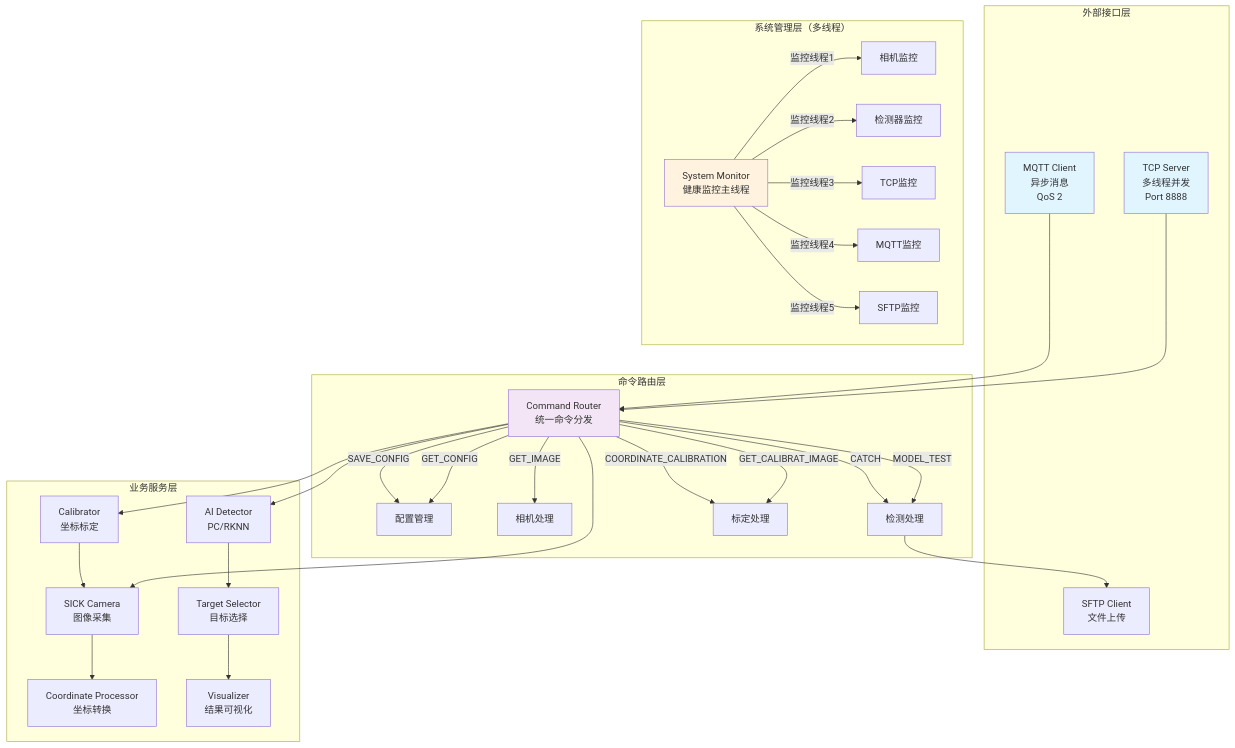
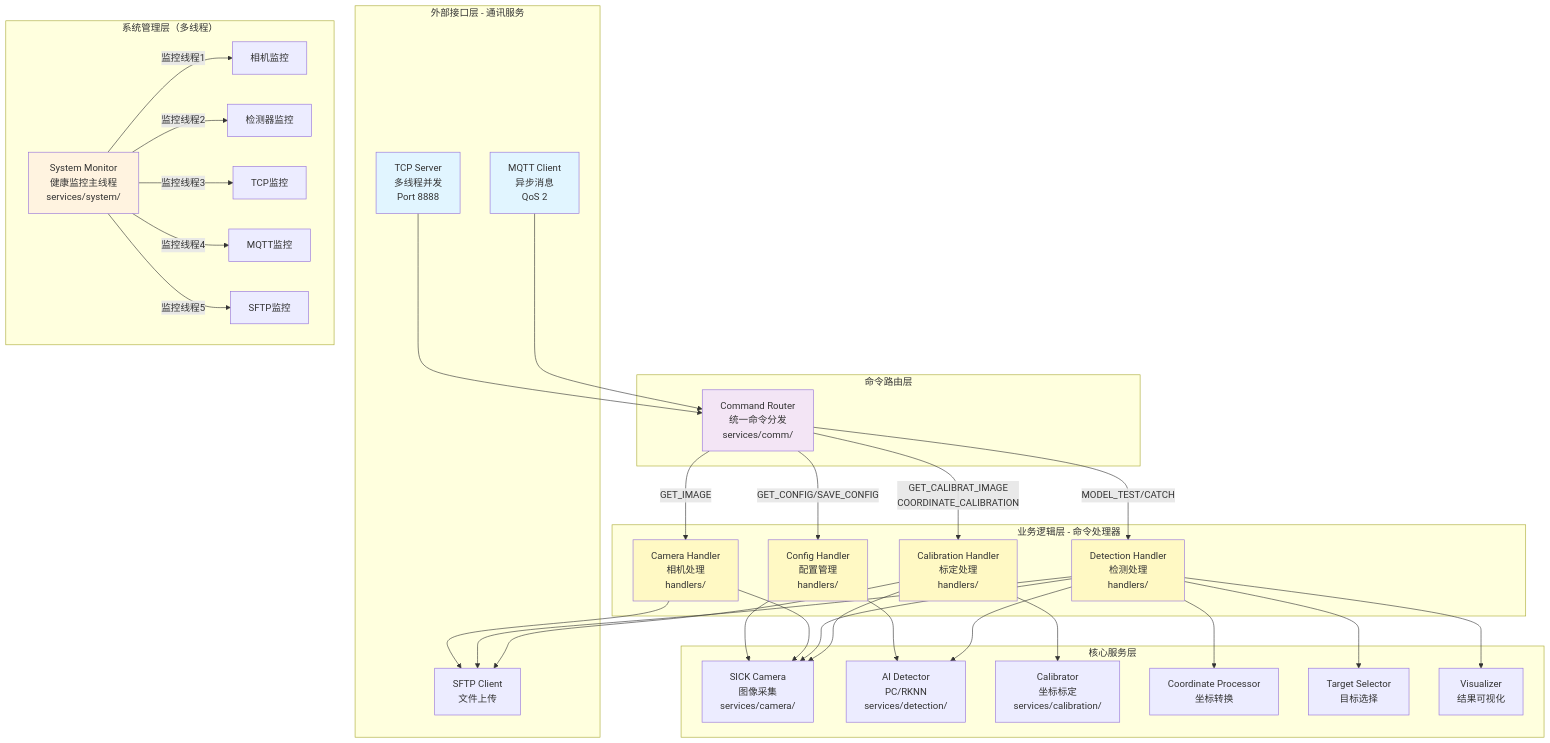
One commit to Master-Cao/VisualCoreEnterpriseEdition changed the first of 5 diagrams in README.md. Above: the diagram before and after it, drawn with Mermaid. The commit also changed other lines of this file and 12 other files, not shown here.

````diff
--- a/README.md
+++ b/README.md
@@ -118,53 +119,67 @@
 ```mermaid
 graph TB
-    subgraph "外部接口层"
+    subgraph "外部接口层 - 通讯服务"
         TCP[TCP Server<br/>多线程并发<br/>Port 8888]
         MQTT[MQTT Client<br/>异步消息<br/>QoS 2]
         SFTP[SFTP Client<br/>文件上传]
     end
     
     subgraph "命令路由层"
-        Router[Command Router<br/>统一命令分发]
-        Router --> |GET_CONFIG| Config[配置管理]
-        Router --> |SAVE_CONFIG| Config
-        Router --> |GET_IMAGE| Camera_Handler[相机处理]
-        Router --> |MODEL_TEST| Detection_Handler[检测处理]
-        Router --> |CATCH| Detection_Handler
-        Router --> |GET_CALIBRAT_IMAGE| Calib_Handler[标定处理]
-        Router --> |COORDINATE_CALIBRATION| Calib_Handler
+        Router[Command Router<br/>统一命令分发<br/>services/comm/]
     end
     
-    subgraph "业务服务层"
-        Camera[SICK Camera<br/>图像采集]
-        Detector[AI Detector<br/>PC/RKNN]
-        Calibrator[Calibrator<br/>坐标标定]
+    subgraph "业务逻辑层 - 命令处理器"
+        Config[Config Handler<br/>配置管理<br/>handlers/]
+        Camera_Handler[Camera Handler<br/>相机处理<br/>handlers/]
+        Detection_Handler[Detection Handler<br/>检测处理<br/>handlers/]
+        Calib_Handler[Calibration Handler<br/>标定处理<br/>handlers/]
+    end
+    
+    subgraph "核心服务层"
+        Camera[SICK Camera<br/>图像采集<br/>services/camera/]
+        Detector[AI Detector<br/>PC/RKNN<br/>services/detection/]
+        Calibrator[Calibrator<br/>坐标标定<br/>services/calibration/]
         Coordinator[Coordinate Processor<br/>坐标转换]
         TargetSelector[Target Selector<br/>目标选择]
         Visualizer[Visualizer<br/>结果可视化]
     end
     
     subgraph "系统管理层（多线程）"
-        Monitor[System Monitor<br/>健康监控主线程]
+        Monitor[System Monitor<br/>健康监控主线程<br/>services/system/]
         Monitor --> |监控线程1| CameraMonitor[相机监控]
         Monitor --> |监控线程2| DetectorMonitor[检测器监控]
         Monitor --> |监控线程3| TCPMonitor[TCP监控]
         Monitor --> |监控线程4| MQTTMonitor[MQTT监控]
         Monitor --> |监控线程5| SFTPMonitor[SFTP监控]
     end
     
     TCP --> Router
     MQTT --> Router
-    Router --> Camera
-    Router --> Detector
-    Router --> Calibrator
-    Camera --> Coordinator
-    Detector --> TargetSelector
-    TargetSelector --> Visualizer
-    Calibrator --> Camera
+    Router --> |GET_CONFIG/SAVE_CONFIG| Config
+    Router --> |GET_IMAGE| Camera_Handler
+    Router --> |MODEL_TEST/CATCH| Detection_Handler
+    Router --> |GET_CALIBRAT_IMAGE<br/>COORDINATE_CALIBRATION| Calib_Handler
+    
+    Config --> Camera
+    Config --> Detector
+    Camera_Handler --> Camera
+    Camera_Handler --> SFTP
+    Detection_Handler --> Camera
+    Detection_Handler --> Detector
+    Detection_Handler --> TargetSelector
+    Detection_Handler --> Visualizer
+    Detection_Handler --> Coordinator
     Detection_Handler --> SFTP
+    Calib_Handler --> Camera
+    Calib_Handler --> Calibrator
+    Calib_Handler --> SFTP
     
     style TCP fill:#e1f5ff
     style MQTT fill:#e1f5ff
+    style Router fill:#f3e5f5
+    style Config fill:#fff9c4
+    style Camera_Handler fill:#fff9c4
+    style Detection_Handler fill:#fff9c4
+    style Calib_Handler fill:#fff9c4
     style Monitor fill:#fff3e0
-    style Router fill:#f3e5f5
 ```
````
